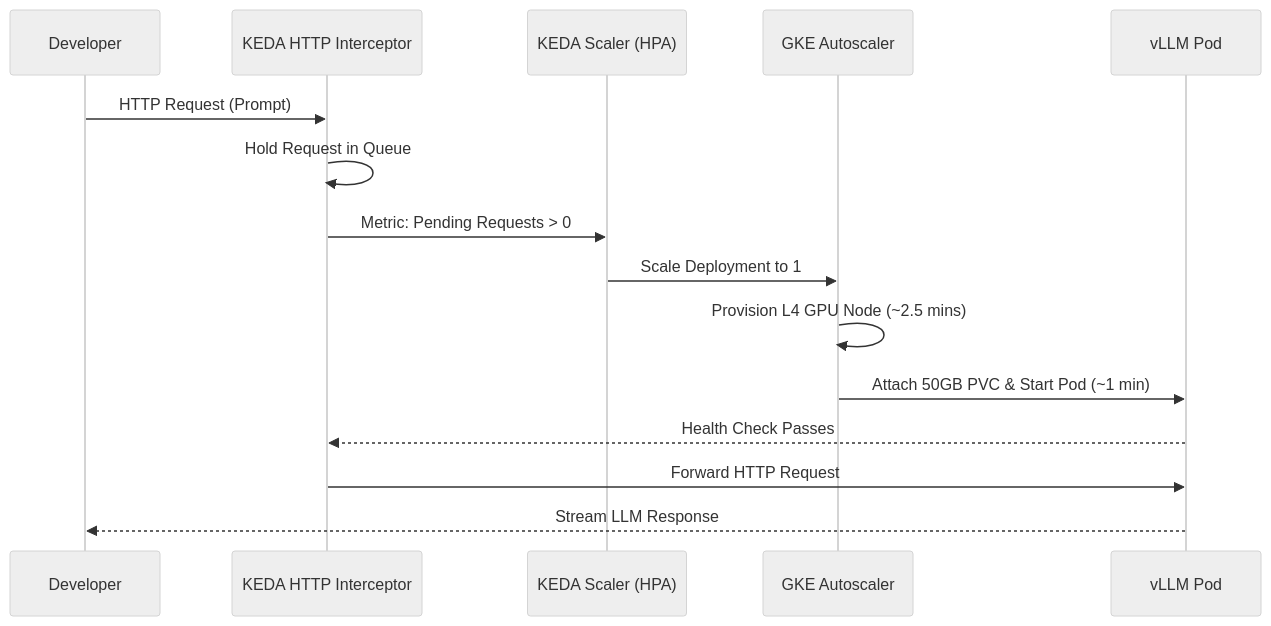
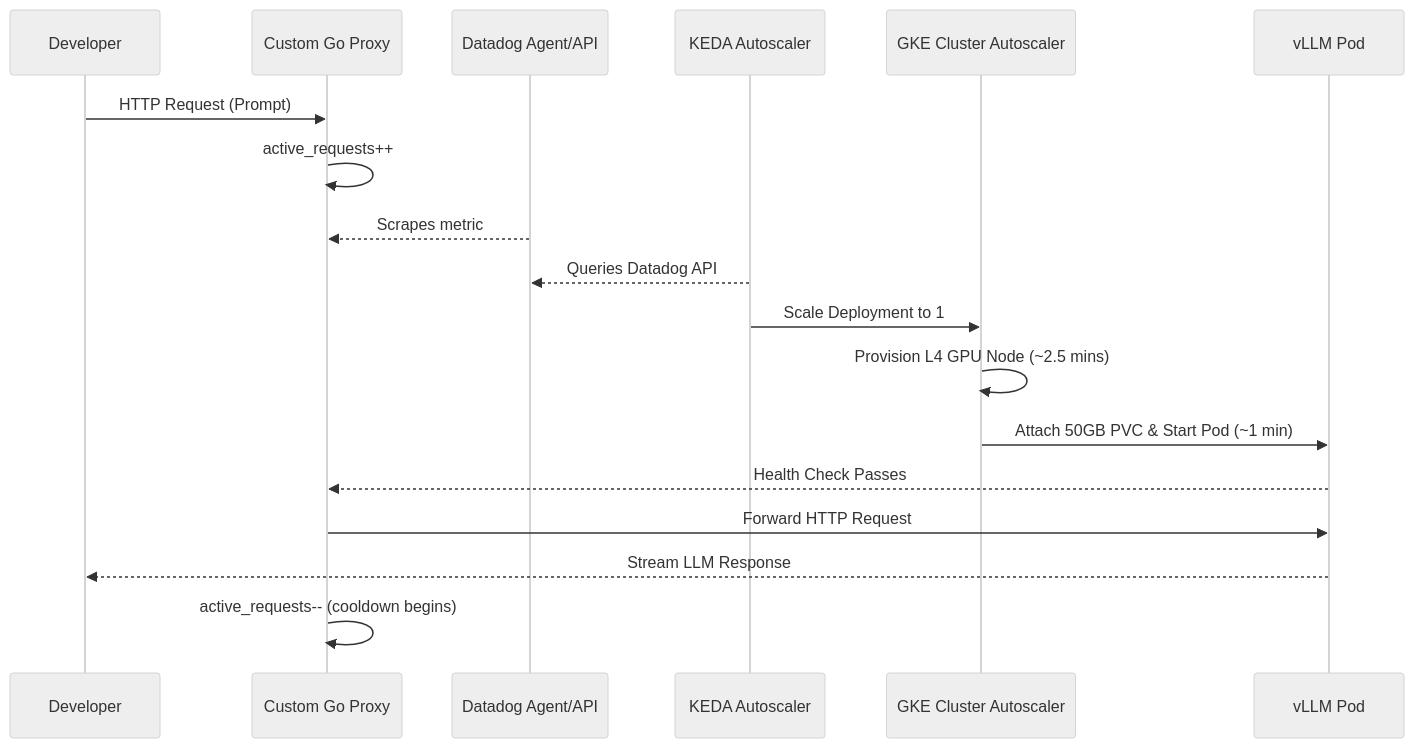
One commit to iheb24/vllm-gke changed the diagram in README.md. Above: the diagram before and after it, drawn with Mermaid (neutral theme). The commit also changed other lines of this file and 5 other files, not shown here.

Commit message:
docs: add comprehensive guides for Datadog scale-to-zero architecture and edge cases

````diff
--- a/README.md
+++ b/README.md
@@ -16,18 +15,21 @@
 ```mermaid
 sequenceDiagram
     participant Developer
-    participant KEDA_Proxy as KEDA HTTP Interceptor
-    participant HPA as KEDA Scaler (HPA)
-    participant GKE as GKE Autoscaler
+    participant Proxy as Custom Go Proxy
+    participant Datadog as Datadog Agent/API
+    participant KEDA as KEDA Autoscaler
+    participant GKE as GKE Cluster Autoscaler
     participant vLLM as vLLM Pod
 
-    Developer->>KEDA_Proxy: HTTP Request (Prompt)
-    KEDA_Proxy->>KEDA_Proxy: Hold Request in Queue
-    KEDA_Proxy->>HPA: Metric: Pending Requests > 0
-    HPA->>GKE: Scale Deployment to 1
+    Developer->>Proxy: HTTP Request (Prompt)
+    Proxy->>Proxy: active_requests++
+    Datadog-->>Proxy: Scrapes metric
+    KEDA-->>Datadog: Queries Datadog API
+    KEDA->>GKE: Scale Deployment to 1
     GKE->>GKE: Provision L4 GPU Node (~2.5 mins)
     GKE->>vLLM: Attach 50GB PVC & Start Pod (~1 min)
-    vLLM-->>KEDA_Proxy: Health Check Passes
-    KEDA_Proxy->>vLLM: Forward HTTP Request
+    vLLM-->>Proxy: Health Check Passes
+    Proxy->>vLLM: Forward HTTP Request
     vLLM-->>Developer: Stream LLM Response
+    Proxy->>Proxy: active_requests-- (cooldown begins)
 ```
````
